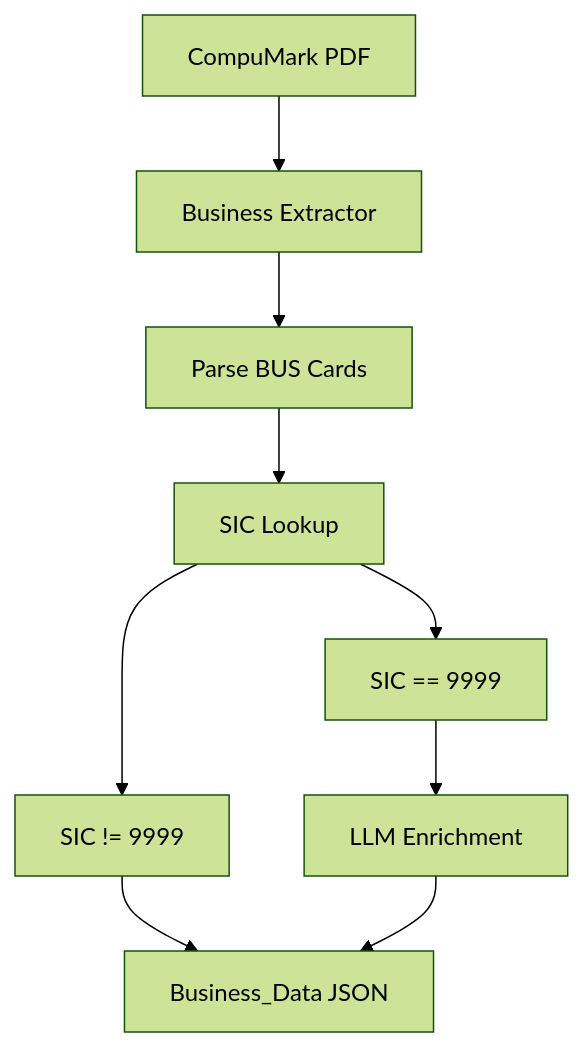
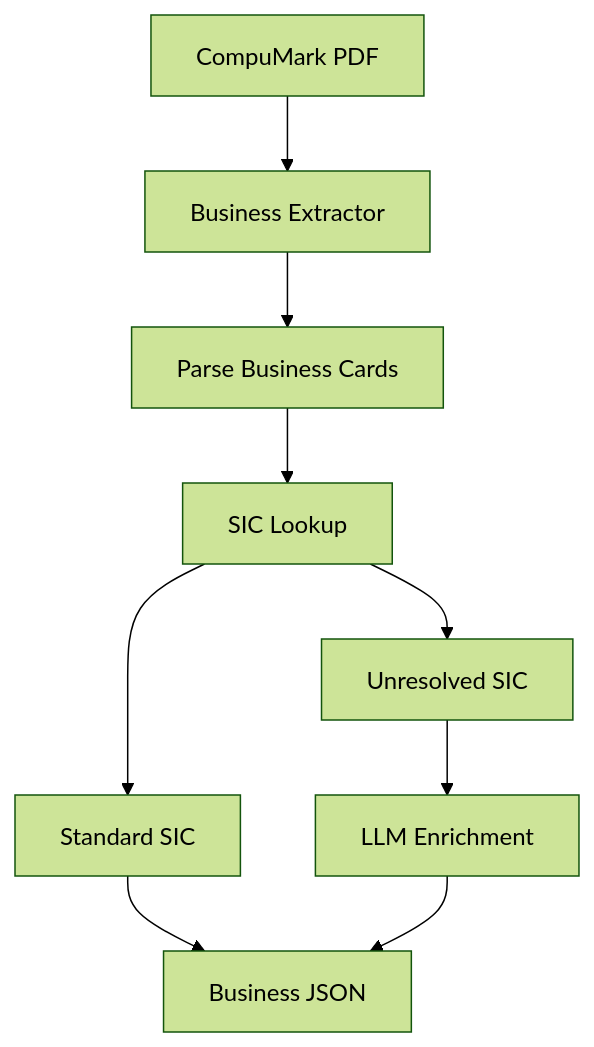
Before and after one commit to Divyanshu-karma/learning_of_json_structures_comparision: the first of 7 diagrams in compumark_business_detailed.md, drawn with Mermaid (forest theme). The commit also changed other lines of this file, not shown here.

````diff
--- a/compumark_business_detailed.md
+++ b/compumark_business_detailed.md
@@ -13,15 +13,23 @@
 ```mermaid
 flowchart TD
-    A[CompuMark PDF]
-    B[Business Extractor]
-    C[Parse BUS Cards]
-    D[SIC Lookup]
-    E[SIC != 9999]
-    F[SIC == 9999]
-    G[LLM Enrichment]
-    H[Business_Data JSON]
 
-    A-->B-->C-->D
-    D-->E-->H
-    D-->F-->G-->H
+A[CompuMark PDF]
+B[Business Extractor]
+C[Parse Business Cards]
+D[SIC Lookup]
+E[Standard SIC]
+F[Unresolved SIC]
+G[LLM Enrichment]
+H[Business JSON]
+
+A --> B
+B --> C
+C --> D
+
+D --> E
+D --> F
+
+E --> H
+F --> G
+G --> H
 ```
````
